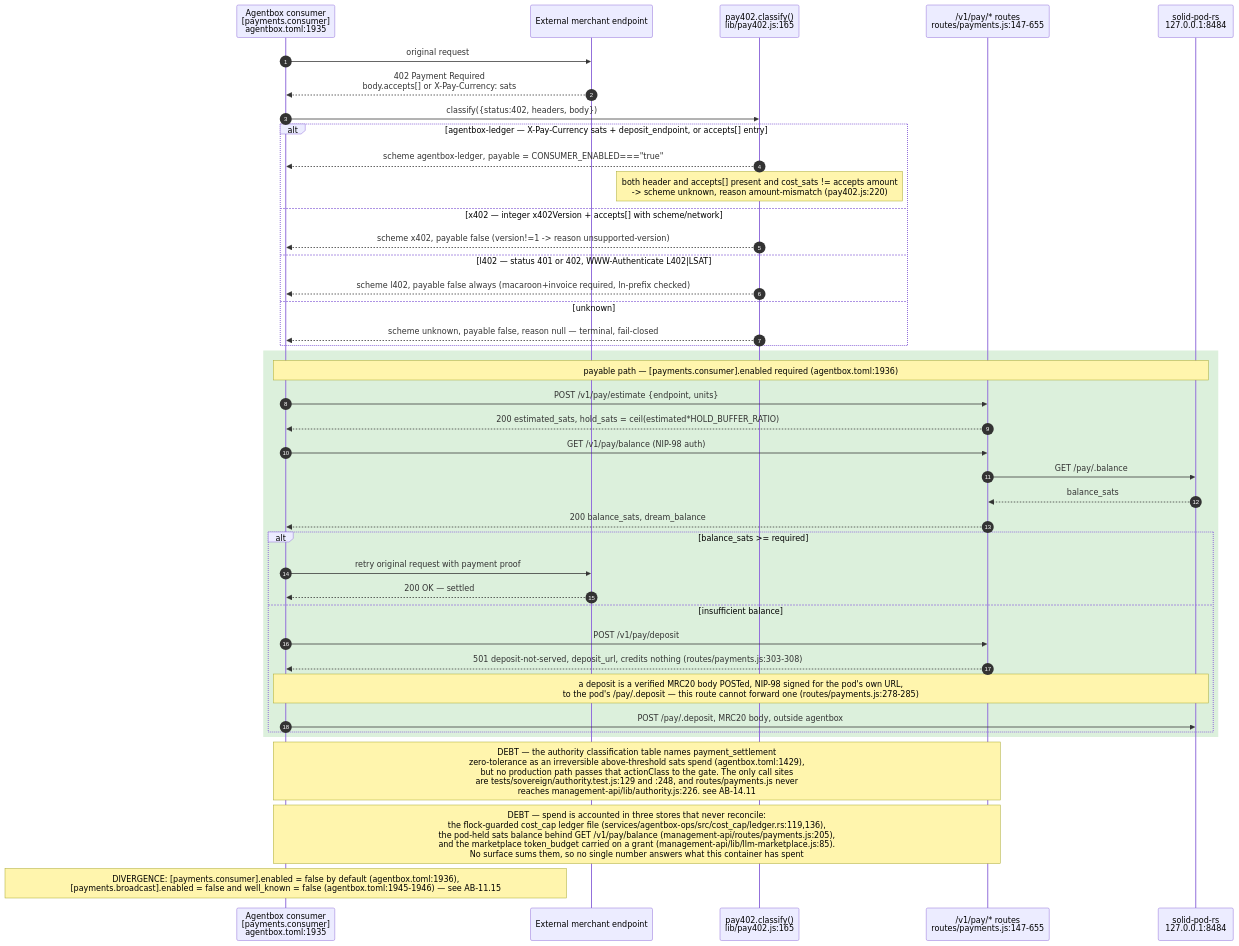
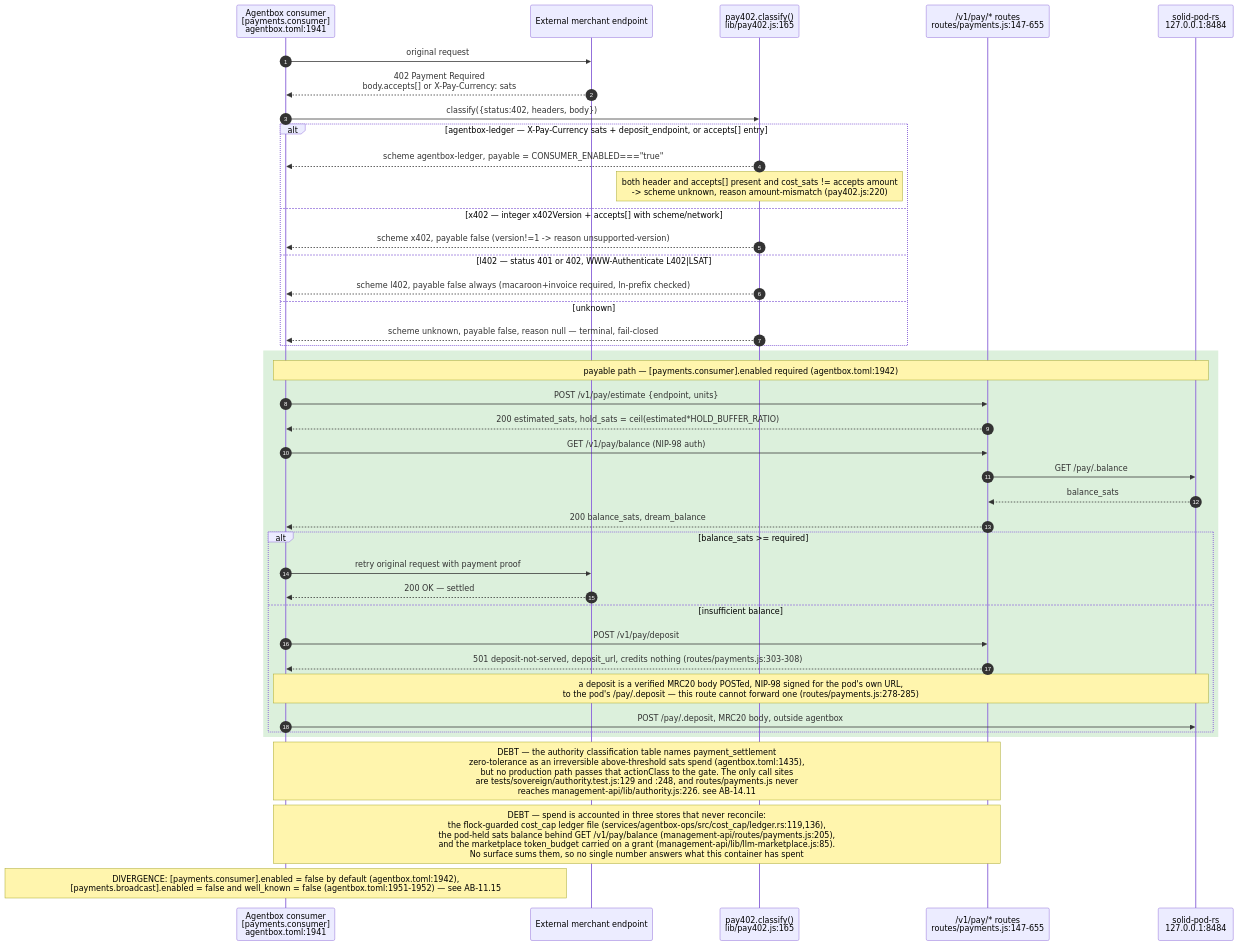
One commit to DreamLab-AI/VisionFlow changed the sixth of 15 diagrams in docs/diagrams/agentbox/15-capability-gating-spend-consultants.md. Above: the diagram before and after it, drawn with Mermaid. The commit also changed other lines of this file and 36 other files, not shown here.

First line of the commit message:
docs(diagrams): re-derive and re-stamp agentbox, dream-engine, visioncraft, visiontouch and vowl topics; drop LAN addresses

````diff
--- a/docs/diagrams/agentbox/15-capability-gating-spend-consultants.md
+++ b/docs/diagrams/agentbox/15-capability-gating-spend-consultants.md
@@ -290,45 +291,45 @@
 ```mermaid
 sequenceDiagram
     autonumber
-    participant Agent as Agentbox consumer<br/>[payments.consumer]<br/>agentbox.toml:1935
+    participant Agent as Agentbox consumer<br/>[payments.consumer]<br/>agentbox.toml:1941
     participant Merchant as External merchant endpoint
     participant Classify as pay402.classify()<br/>lib/pay402.js:165
     participant Pay as /v1/pay/* routes<br/>routes/payments.js:147-655
     participant Pod as solid-pod-rs<br/>127.0.0.1:8484
 
     Agent->>Merchant: original request
     Merchant-->>Agent: 402 Payment Required<br/>body.accepts[] or X-Pay-Currency: sats
     Agent->>Classify: classify({status:402, headers, body})
     alt agentbox-ledger — X-Pay-Currency sats + deposit_endpoint, or accepts[] entry
         Classify-->>Agent: scheme agentbox-ledger, payable = CONSUMER_ENABLED==="true"
         Note over Classify: both header and accepts[] present and cost_sats != accepts amount<br/>-> scheme unknown, reason amount-mismatch (pay402.js:220)
     else x402 — integer x402Version + accepts[] with scheme/network
         Classify-->>Agent: scheme x402, payable false #40;version!=1 -> reason unsupported-version#41;
     else l402 — status 401 or 402, WWW-Authenticate L402#124;LSAT
         Classify-->>Agent: scheme l402, payable false always #40;macaroon+invoice required, ln-prefix checked#41;
     else unknown
         Classify-->>Agent: scheme unknown, payable false, reason null — terminal, fail-closed
     end
 
     rect rgb(220,240,220)
-    Note over Agent,Pod: payable path — [payments.consumer].enabled required (agentbox.toml:1936)
+    Note over Agent,Pod: payable path — [payments.consumer].enabled required (agentbox.toml:1942)
     Agent->>Pay: POST /v1/pay/estimate {endpoint, units}
     Pay-->>Agent: 200 estimated_sats, hold_sats = ceil(estimated*HOLD_BUFFER_RATIO)
     Agent->>Pay: GET /v1/pay/balance (NIP-98 auth)
     Pay->>Pod: GET /pay/.balance
     Pod-->>Pay: balance_sats
     Pay-->>Agent: 200 balance_sats, dream_balance
     alt balance_sats #62;#61; required
         Agent->>Merchant: retry original request with payment proof
         Merchant-->>Agent: 200 OK — settled
     else insufficient balance
         Agent->>Pay: POST /v1/pay/deposit
         Pay-->>Agent: 501 deposit-not-served, deposit_url, credits nothing (routes/payments.js:303-308)
         Note over Agent,Pod: a deposit is a verified MRC20 body POSTed, NIP-98 signed for the pod's own URL,<br/>to the pod's /pay/.deposit — this route cannot forward one (routes/payments.js:278-285)
         Agent->>Pod: POST /pay/.deposit, MRC20 body, outside agentbox
     end
     end
-    Note over Agent,Pay: DEBT — the authority classification table names payment_settlement<br/>zero-tolerance as an irreversible above-threshold sats spend (agentbox.toml:1429),<br/>but no production path passes that actionClass to the gate. The only call sites<br/>are tests/sovereign/authority.test.js:129 and :248, and routes/payments.js never<br/>reaches management-api/lib/authority.js:226. see AB-14.11
+    Note over Agent,Pay: DEBT — the authority classification table names payment_settlement<br/>zero-tolerance as an irreversible above-threshold sats spend (agentbox.toml:1435),<br/>but no production path passes that actionClass to the gate. The only call sites<br/>are tests/sovereign/authority.test.js:129 and :248, and routes/payments.js never<br/>reaches management-api/lib/authority.js:226. see AB-14.11
     Note over Agent,Pay: DEBT — spend is accounted in three stores that never reconcile:<br/>the flock-guarded cost_cap ledger file (services/agentbox-ops/src/cost_cap/ledger.rs:119,136),<br/>the pod-held sats balance behind GET /v1/pay/balance (management-api/routes/payments.js:205),<br/>and the marketplace token_budget carried on a grant (management-api/lib/llm-marketplace.js:85).<br/>No surface sums them, so no single number answers what this container has spent
-    Note over Agent: DIVERGENCE: #91;payments.consumer#93;.enabled = false by default #40;agentbox.toml:1936#41;,<br/>#91;payments.broadcast#93;.enabled = false and well_known = false #40;agentbox.toml:1945-1946#41; — see AB-11.15
+    Note over Agent: DIVERGENCE: #91;payments.consumer#93;.enabled = false by default #40;agentbox.toml:1942#41;,<br/>#91;payments.broadcast#93;.enabled = false and well_known = false #40;agentbox.toml:1951-1952#41; — see AB-11.15
 ```
````
